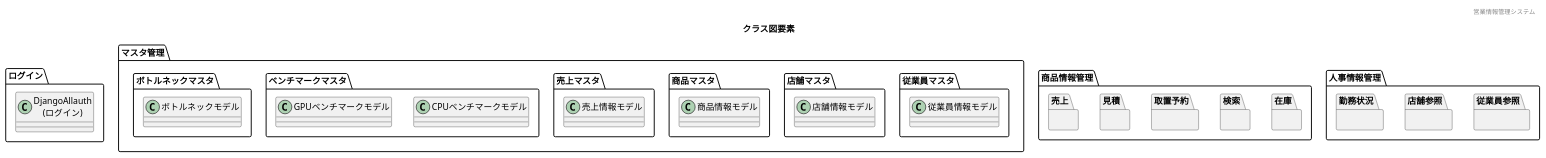
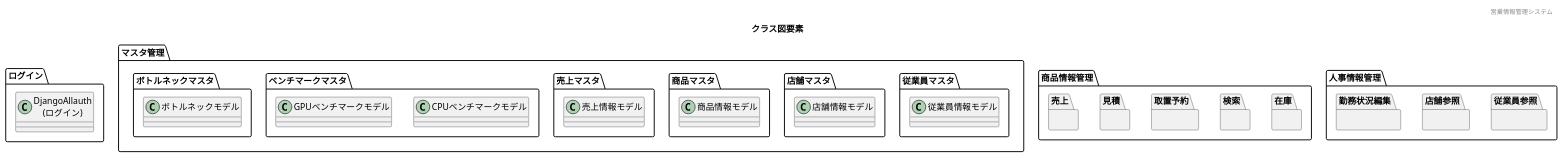
The diagram in 各種設計書/5クラス図/クラス図テンプレ.plantuml (HaruShim/Sotuken), drawn with PlantUML before and after one commit. The commit also changed other lines of this file and 1 other file, not shown here.

```diff
--- a/各種設計書/5クラス図/クラス図テンプレ.plantuml
+++ b/各種設計書/5クラス図/クラス図テンプレ.plantuml
@@ -9,94 +4,94 @@
 @startuml class_diagrams
 ' ヘッダー
 header 営業情報管理システム
 ' タイトル
 title クラス図要素
 
 ' 機能名 ログイン
 ' 機能ID F00
 package "ログイン" as F00{
   class "DjangoAllauth\n(ログイン)" as djangoallauth{
   }
 }
 
 
 package "マスタ管理" as mastermana {
 
   ' 機能名 従業員マスタ
   ' 機能ID F01
   package "従業員マスタ" as F01{
     class "(従業員情報モデル)" {}
   }
 
   ' 機能名 店舗マスタ
   ' 機能ID F02
   package "店舗マスタ" as F02{
     class "(店舗情報モデル)" {}
   }
 
-  ' 機能名 商品マスタ
-  ' 機能ID F03
-  package "商品マスタ" as F03{
-    class "(商品情報モデル)" {}
-  }
+    ' 機能名 商品マスタ
+    ' 機能ID F03
+    package "商品マスタ" as F03{
+        class "(商品情報モデル)" {}
+    }
   
-  ' 機能名 売上マスタ
-  ' 機能ID F04
-  package "売上マスタ" as F04{
-    class "(売上情報モデル)" {}
-  }
+    ' 機能名 売上マスタ
+    ' 機能ID F04
+    package "売上マスタ" as F04{
+        class "(売上情報モデル)" {}
+    }
   
   ' 機能名 ベンチマークマスタ
   ' 機能ID F05
   package "ベンチマークマスタ" as F05{
     class "(CPUベンチマークモデル)" {}
     class "(GPUベンチマークモデル)" {}
   }
   
   ' 機能名 ボトルネックマスタ
   ' 機能ID F06
   package "ボトルネックマスタ" as F06{
     class "(ボトルネックモデル)" {}
   }
 
 }
 
 package "商品情報管理" {
   ' 機能名 在庫
   ' 機能ID F07
   package "在庫" {}
   
   ' 機能名 検索
   ' 機能ID F08
   package "検索" {}
   
   ' 機能名 取置予約
   ' 機能ID F09
   package "取置予約" {}
   
   ' 機能名 見積
   ' 機能ID F10
   package "見積" {}
   
   ' 機能名 売上
   ' 機能ID F11
   package "売上" {}
 }
 
 package "人事情報管理" {
   ' 機能名 従業員参照
   ' 機能ID F12
   package "従業員参照" {}
   
   ' 機能名 店舗参照
   ' 機能ID F13
   package "店舗参照" {}
   
-  ' 機能名 勤務状況
+  ' 機能名 勤務状況編集
   ' 機能ID F14
-  package "勤務状況" {}
+  package "勤務状況編集" {}
 }
 
 
 
 @enduml
```
